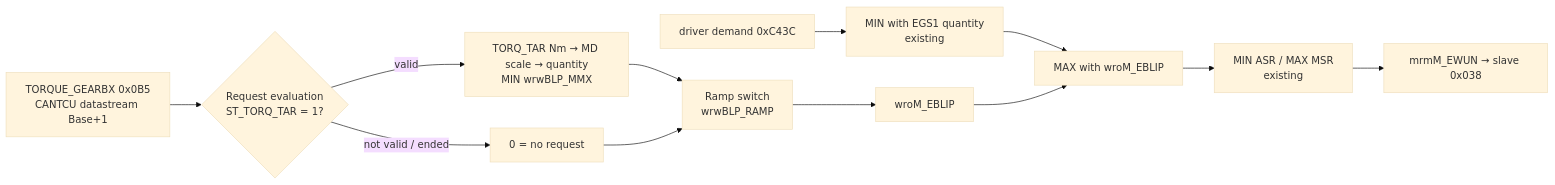
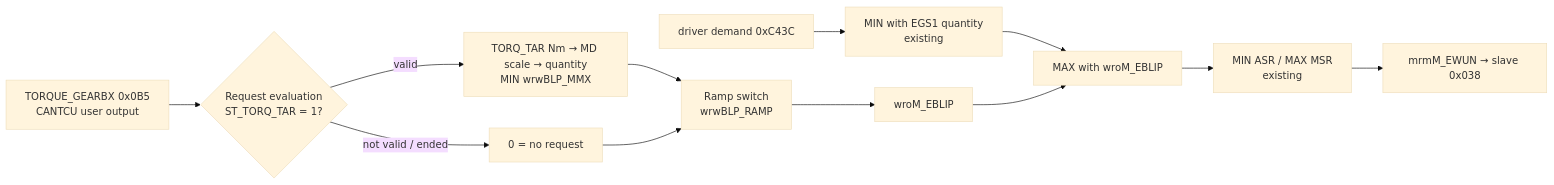
The diagram in Blip-Function.md (tomazcebul/E38-M67-Blip), drawn with Mermaid (base theme) before and after one commit. The commit also changed other lines of this file and 36 other files, not shown here.

First line of the commit message:
Blip: switch to a CANTCU User CAN Output on 0x0B5, add M67 CANTCU setup and CANformance follow-up

````diff
--- a/Blip-Function.md
+++ b/Blip-Function.md
@@ -131,12 +144,12 @@
 ```mermaid
 flowchart LR
-    RX[TORQUE_GEARBX 0x0B5<br/>CANTCU datastream Base+1] --> EV{Request evaluation<br/>ST_TORQ_TAR = 1?}
+    RX[TORQUE_GEARBX 0x0B5<br/>CANTCU user output] --> EV{Request evaluation<br/>ST_TORQ_TAR = 1?}
     EV -->|valid| CV[TORQ_TAR Nm → MD scale → quantity<br/>MIN wrwBLP_MMX]
     EV -->|not valid / ended| NR[0 = no request]
     CV & NR --> RS[Ramp switch<br/>wrwBLP_RAMP]
     RS --> QB[wroM_EBLIP]
     D[driver demand 0xC43C] --> M1[MIN with EGS1 quantity<br/>existing]
     M1 --> M2[MAX with wroM_EBLIP]
     QB --> M2
     M2 --> ASR[MIN ASR / MAX MSR<br/>existing] --> EW[mrmM_EWUN → slave 0x038]
 ```
````
